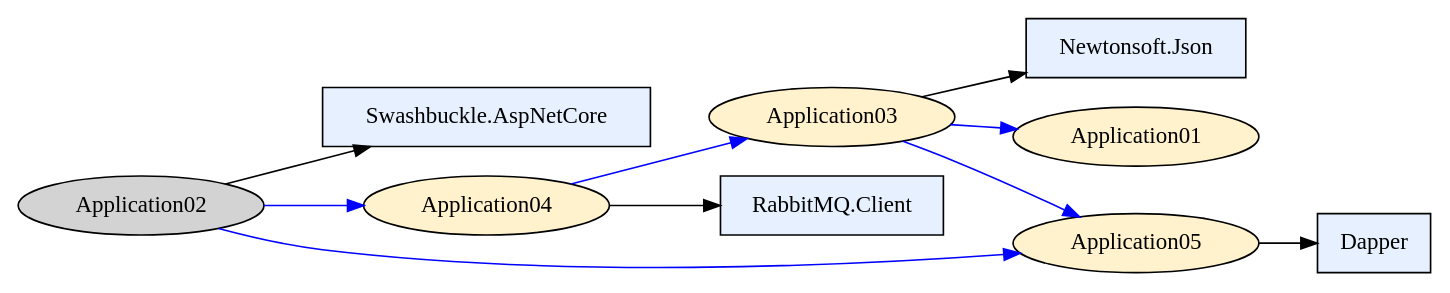
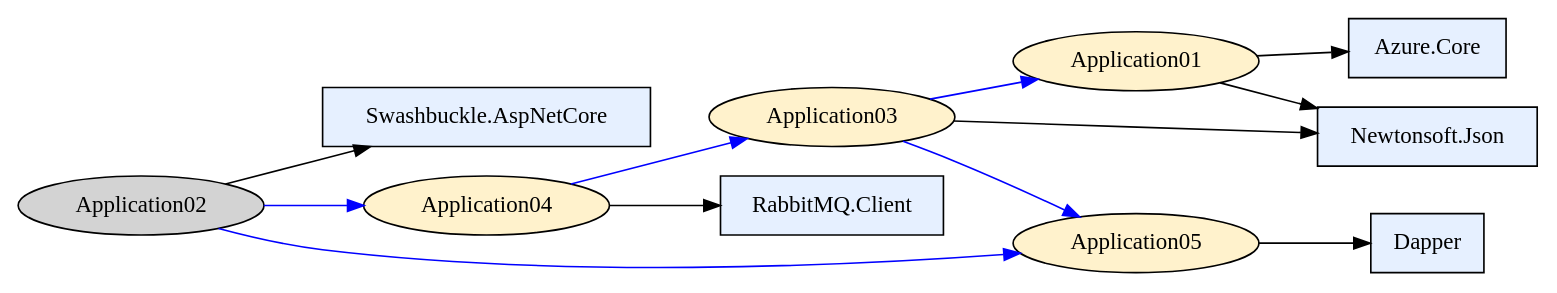
Before and after one commit to eduardocf/ADM: the diagram in dependency_graph.dot, drawn with Graphviz. The commit also changed 3 other files, not shown here.

```diff
--- a/dependency_graph.dot
+++ b/dependency_graph.dot
@@ -1,22 +1,26 @@
 digraph Dependencies {
   rankdir=LR;
   node [style=filled];
+  "Application01" -> "Azure.Core" [color=black];
+  "Azure.Core" [shape=box, fillcolor="#e6f0ff"];
+  "Application01" -> "Newtonsoft.Json" [color=black];
+  "Newtonsoft.Json" [shape=box, fillcolor="#e6f0ff"];
   "Application02" -> "Swashbuckle.AspNetCore" [color=black];
   "Swashbuckle.AspNetCore" [shape=box, fillcolor="#e6f0ff"];
   "Application02" -> "Application04" [color=blue];
   "Application04" [shape=ellipse, fillcolor="#fff2cc"];
   "Application02" -> "Application05" [color=blue];
   "Application05" [shape=ellipse, fillcolor="#fff2cc"];
   "Application03" -> "Newtonsoft.Json" [color=black];
   "Newtonsoft.Json" [shape=box, fillcolor="#e6f0ff"];
   "Application03" -> "Application01" [color=blue];
   "Application01" [shape=ellipse, fillcolor="#fff2cc"];
   "Application03" -> "Application05" [color=blue];
   "Application05" [shape=ellipse, fillcolor="#fff2cc"];
   "Application04" -> "RabbitMQ.Client" [color=black];
   "RabbitMQ.Client" [shape=box, fillcolor="#e6f0ff"];
   "Application04" -> "Application03" [color=blue];
   "Application03" [shape=ellipse, fillcolor="#fff2cc"];
   "Application05" -> "Dapper" [color=black];
   "Dapper" [shape=box, fillcolor="#e6f0ff"];
 }
```
